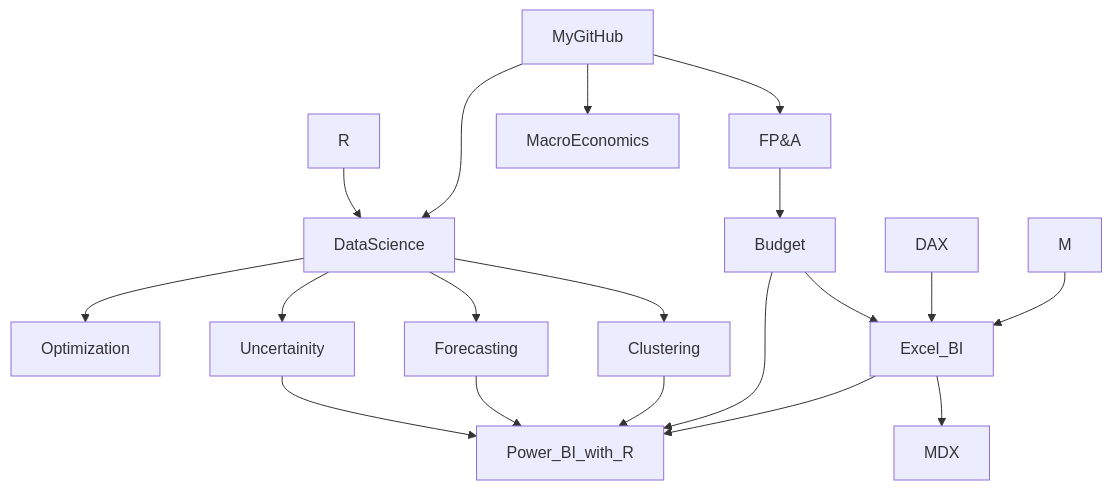
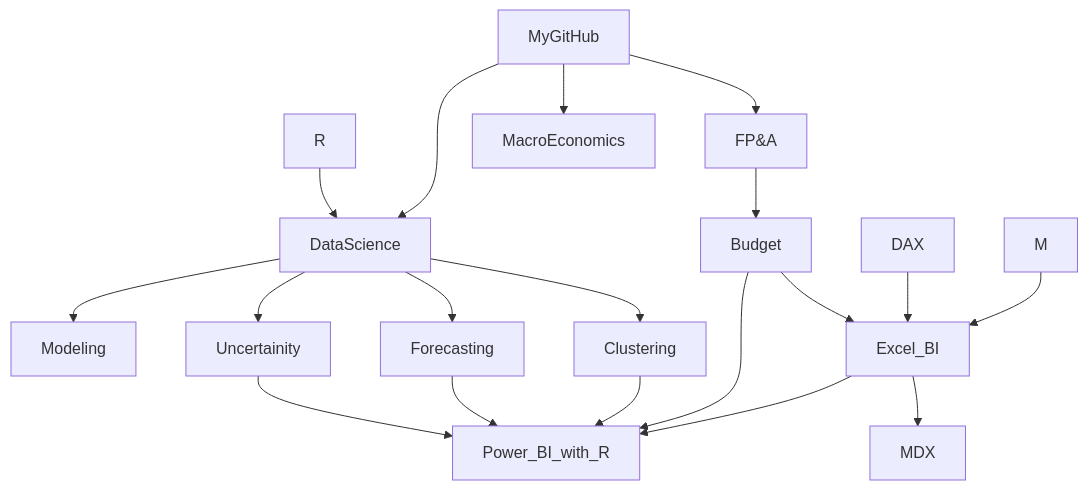
One commit to md3629/md3629 changed the diagram in README.md. Above: the diagram before and after it, drawn with Mermaid.

````diff
--- a/README.md
+++ b/README.md
@@ -9,21 +9,21 @@
 ```mermaid
 graph TD;
     MyGitHub-->FP&A;
     FP&A-->Budget;
     R-->DataScience;
     MyGitHub-->DataScience;
     MyGitHub-->MacroEconomics;
-    DataScience-->Optimization;
+    DataScience-->Modeling;
     DataScience-->Forecasting;
     DataScience-->Clustering;
     DataScience-->Uncertainity;
     Uncertainity-->Power_BI_with_R;
     Forecasting-->Power_BI_with_R;
     Clustering-->Power_BI_with_R;
     Budget-->Power_BI_with_R;
     Budget-->Excel_BI;
     DAX-->Excel_BI;
     M-->Excel_BI;
     Excel_BI-->Power_BI_with_R;
     Excel_BI-->MDX;
 ```
````
